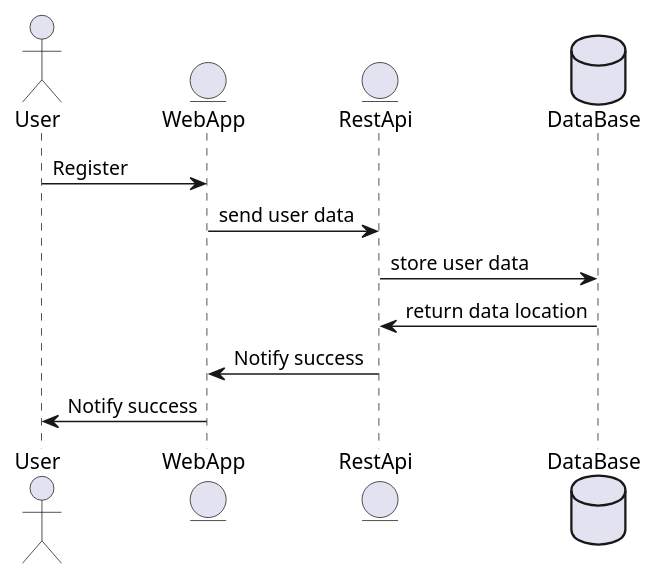
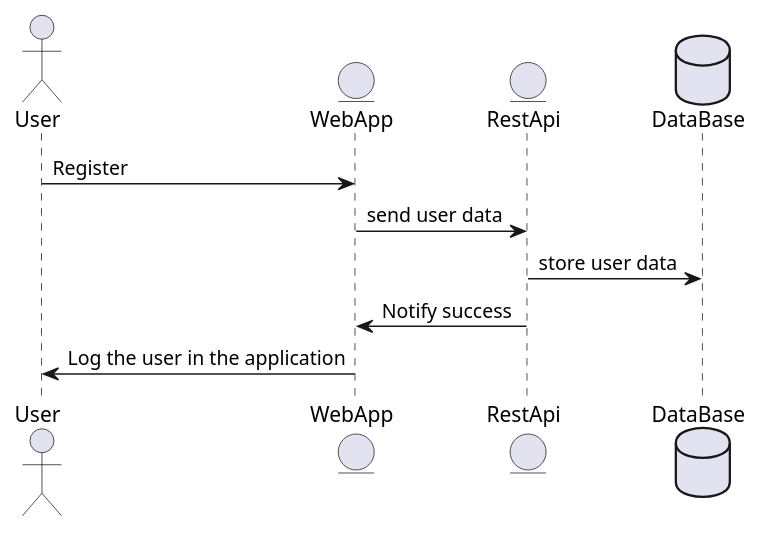
One commit to Arquisoft/dede_es3c changed the first of 10 diagrams in docs/06_runtime_view.adoc. Above: the diagram before and after it, drawn with PlantUML. The commit also changed other lines of this file, not shown here.

Commit message:
Diagramas de secuencia actualizados

```diff
--- a/docs/06_runtime_view.adoc
+++ b/docs/06_runtime_view.adoc
@@ -5,15 +5,14 @@
 [plantuml,"RegisterUser",png]
 ----
 @startuml
 actor User
 entity WebApp
 entity RestApi
 database DataBase
 User-> WebApp : Register
 WebApp-> RestApi : send user data
 RestApi -> DataBase : store user data
-DataBase -> RestApi : return data location
 RestApi -> WebApp: Notify success
-WebApp-> User: Notify success
+WebApp-> User: Log the user in the application
 @enduml
 ----
```
